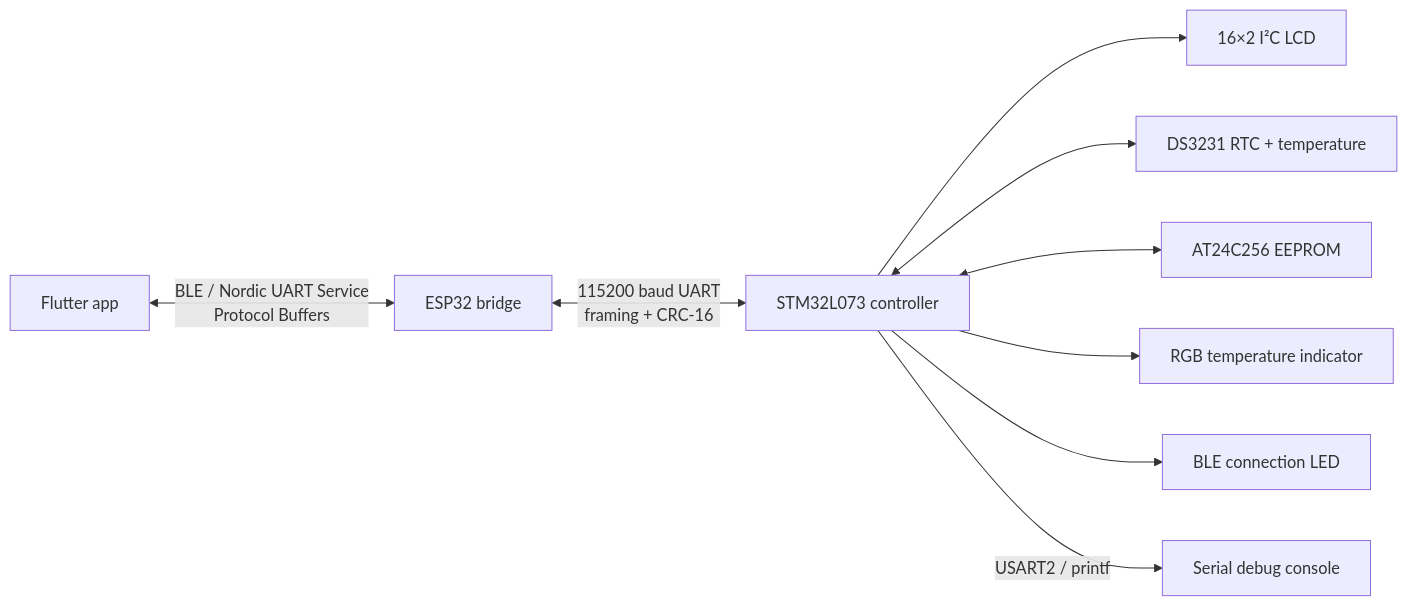
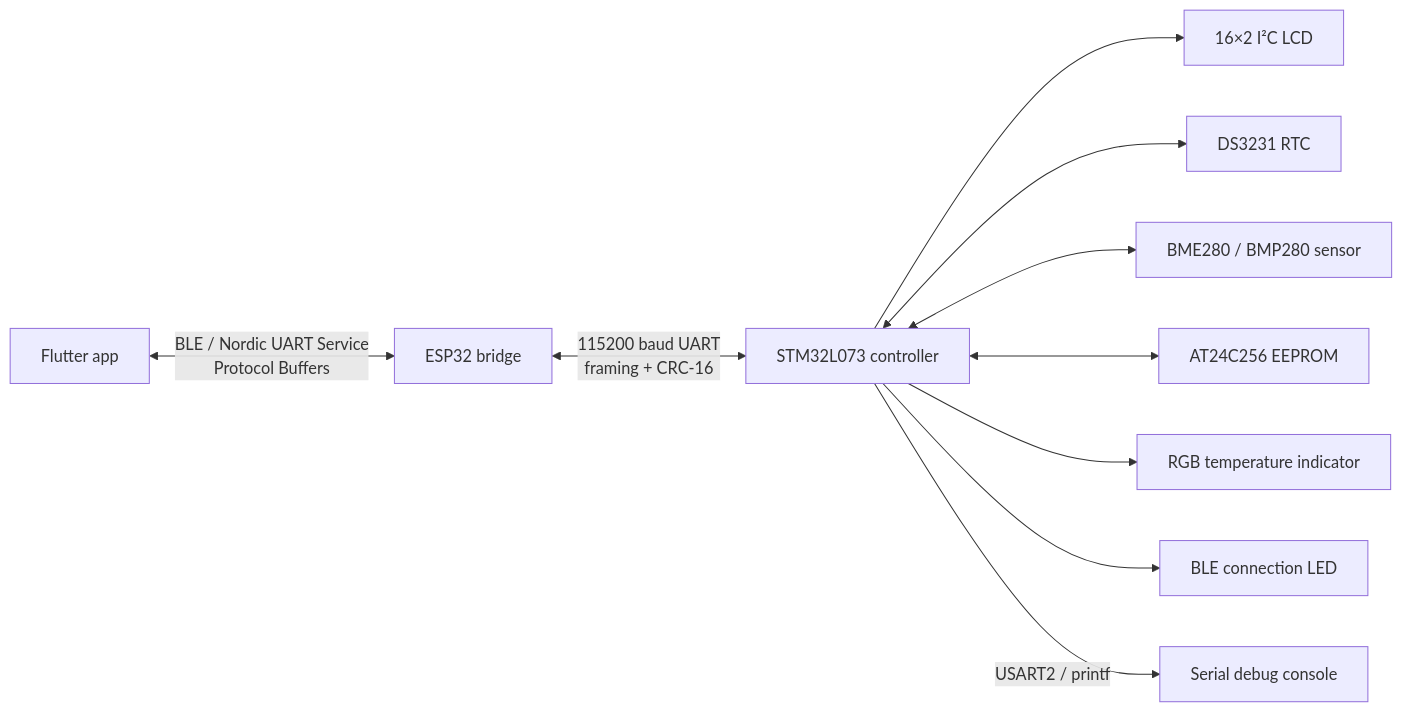
Before and after one commit to faramozzayw/stm32-climate-clock: the diagram in README.md, drawn with Mermaid. The commit also changed other lines of this file and 48 other files, not shown here.

````diff
--- a/README.md
+++ b/README.md
@@ -15,11 +16,12 @@
 ```mermaid
 flowchart LR
     A["Flutter app"] <-->|"BLE / Nordic UART Service<br/>Protocol Buffers"| B["ESP32 bridge"]
     B <-->|"115200 baud UART<br/>framing + CRC-16"| C["STM32L073 controller"]
     C --> D["16×2 I²C LCD"]
-    C <--> E["DS3231 RTC + temperature"]
+    C <--> E["DS3231 RTC"]
+    C <--> J["BME280 / BMP280 sensor"]
     C <--> F["AT24C256 EEPROM"]
     C --> G["RGB temperature indicator"]
     C --> H["BLE connection LED"]
     C -->|"USART2 / printf"| I["Serial debug console"]
 ```
````
